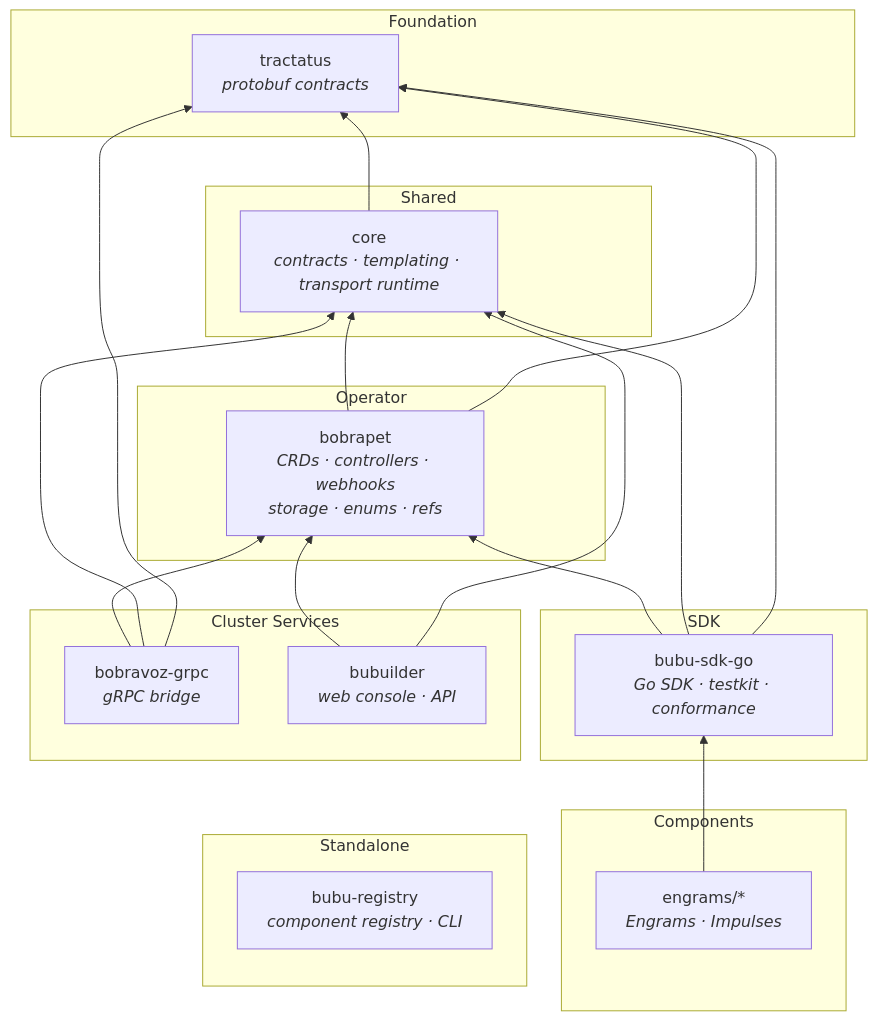
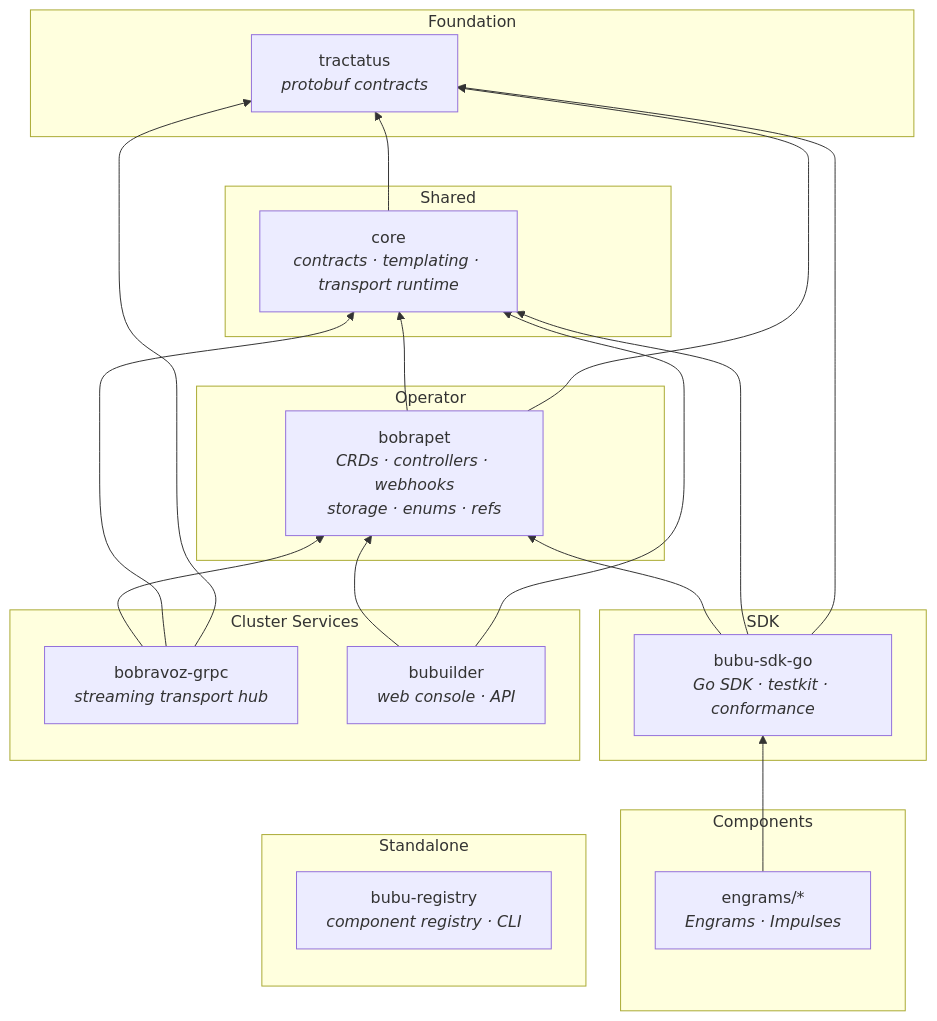
The first of 3 diagrams in docs/overview/architecture.md (bubustack/website), drawn with Mermaid before and after one commit. The commit also changed other lines of this file and 120 other files, not shown here.

````diff
--- a/docs/overview/architecture.md
+++ b/docs/overview/architecture.md
@@ -61,44 +68,44 @@
 ```mermaid
 graph BT
     subgraph Foundation
         tractatus["tractatus<br/><i>protobuf contracts</i>"]
     end
 
     subgraph Shared
         core["core<br/><i>contracts · templating · transport runtime</i>"]
     end
 
     subgraph Operator
         bobrapet["bobrapet<br/><i>CRDs · controllers · webhooks<br/>storage · enums · refs</i>"]
     end
 
     subgraph SDK
         sdk["bubu-sdk-go<br/><i>Go SDK · testkit · conformance</i>"]
     end
 
     subgraph Cluster Services
-        bobravoz["bobravoz-grpc<br/><i>gRPC bridge</i>"]
+        bobravoz["bobravoz-grpc<br/><i>streaming transport hub</i>"]
         bubuilder["bubuilder<br/><i>web console · API</i>"]
     end
 
     subgraph Components
         engrams["engrams/*<br/><i>Engrams · Impulses</i>"]
     end
 
     subgraph Standalone
         registry["bubu-registry<br/><i>component registry · CLI</i>"]
     end
 
     core --> tractatus
     bobrapet --> core
     bobrapet --> tractatus
     sdk --> bobrapet
     sdk --> core
     sdk --> tractatus
     bobravoz --> bobrapet
     bobravoz --> core
     bobravoz --> tractatus
     bubuilder --> bobrapet
     bubuilder --> core
     engrams --> sdk
 ```
````
